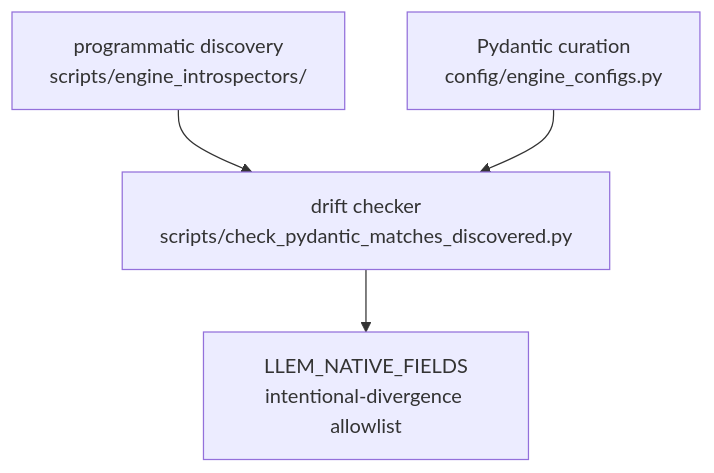
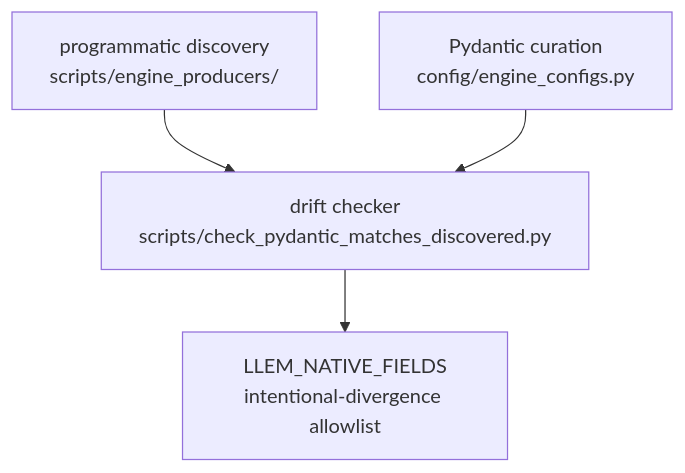
The diagram in docs/explanation/architecture/parameter-curation.md (henrycgbaker/LLenergyMeasure), drawn with Mermaid before and after one commit. The commit also changed other lines of this file and 179 other files, not shown here.

First line of the commit message:
refactor(engines): structural cleanup — engine_versions/ layout, producers rename, stub factory (#634)

````diff
--- a/docs/explanation/architecture/parameter-curation.md
+++ b/docs/explanation/architecture/parameter-curation.md
@@ -13,11 +13,11 @@
 ```mermaid
 flowchart TD
-    discovery[programmatic discovery<br/>scripts/engine_introspectors/]
+    discovery[programmatic discovery<br/>scripts/engine_producers/]
     pydantic[Pydantic curation<br/>config/engine_configs.py]
     drift[drift checker<br/>scripts/check_pydantic_matches_discovered.py]
     allowlist[LLEM_NATIVE_FIELDS<br/>intentional-divergence allowlist]
 
     discovery --> drift
     pydantic --> drift
     drift --> allowlist
 ```
````
